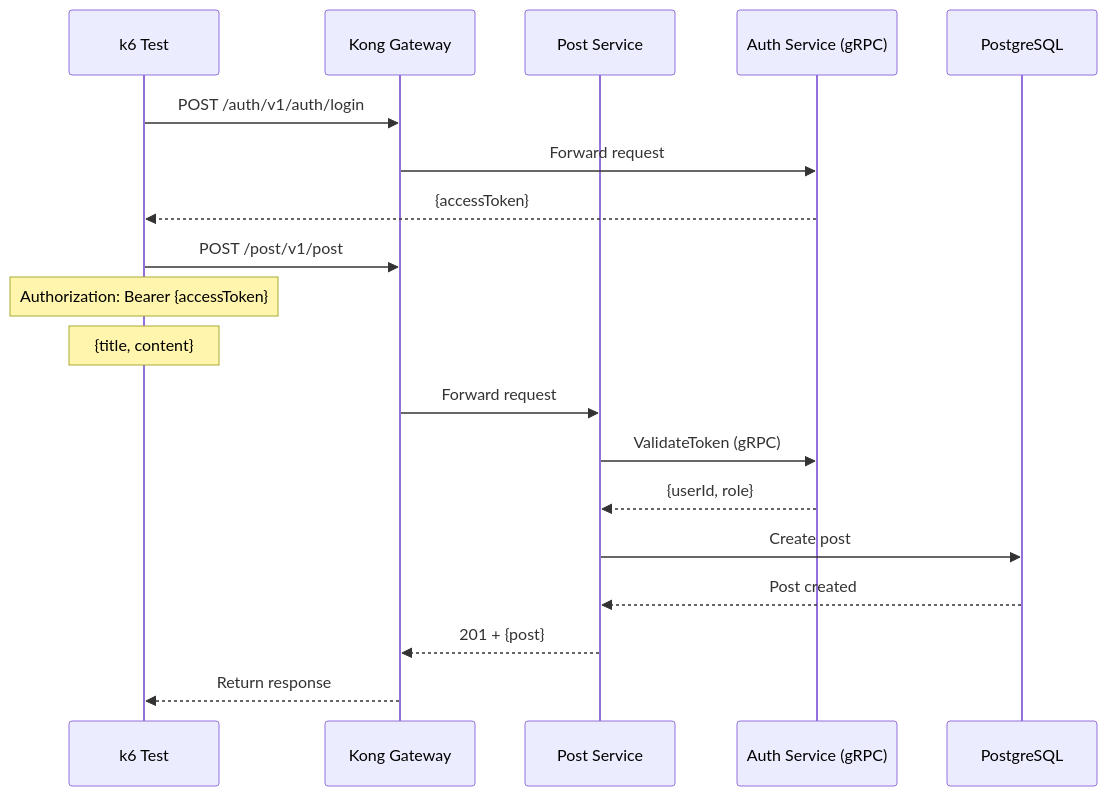
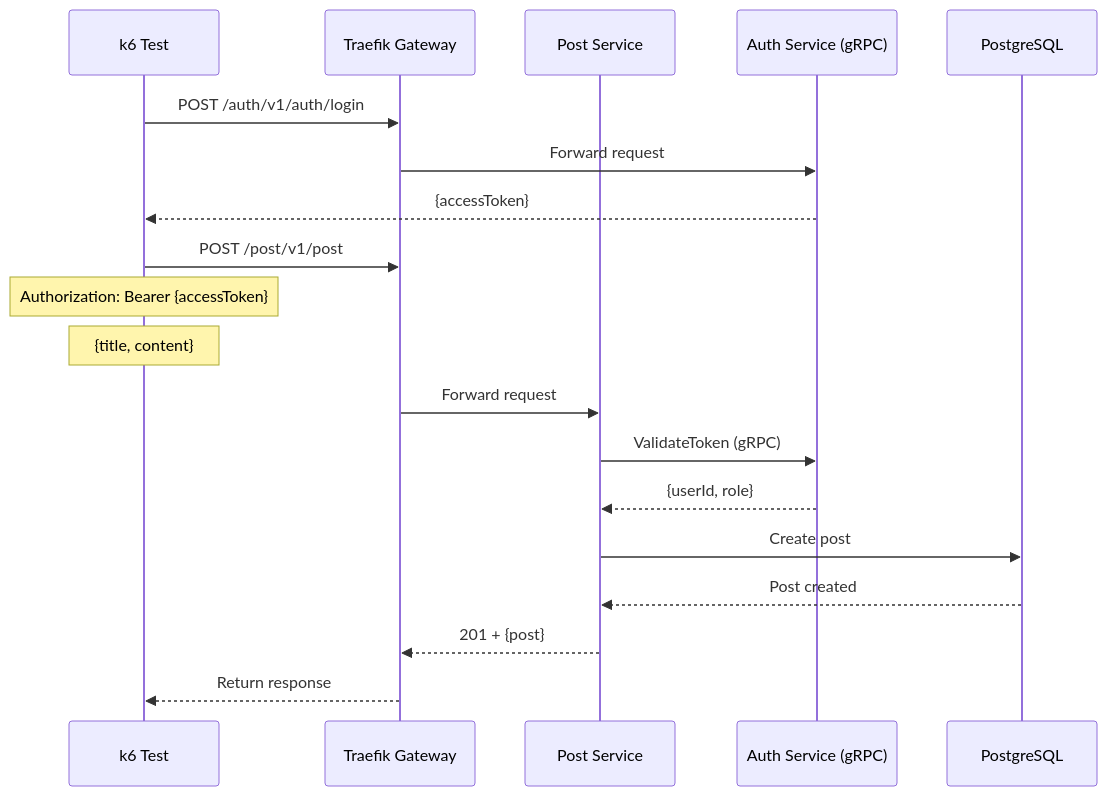
Before and after one commit to tinhthanh/nestjs-microservices: the diagram in k6-tests/src/services/post/test-create.md, drawn with Mermaid. The commit also changed 47 other files, not shown here.

````diff
--- a/k6-tests/src/services/post/test-create.md
+++ b/k6-tests/src/services/post/test-create.md
@@ -5,23 +5,23 @@
 ```mermaid
 sequenceDiagram
     participant K6 as k6 Test
-    participant Kong as Kong Gateway
+    participant Traefik as Traefik Gateway
     participant Post as Post Service
     participant Auth as Auth Service (gRPC)
     participant DB as PostgreSQL
 
-    K6->>Kong: POST /auth/v1/auth/login
-    Kong->>Auth: Forward request
+    K6->>Traefik: POST /auth/v1/auth/login
+    Traefik->>Auth: Forward request
     Auth-->>K6: {accessToken}
     
-    K6->>Kong: POST /post/v1/post
+    K6->>Traefik: POST /post/v1/post
     Note over K6: Authorization: Bearer {accessToken}
     Note over K6: {title, content}
-    Kong->>Post: Forward request
+    Traefik->>Post: Forward request
     Post->>Auth: ValidateToken (gRPC)
     Auth-->>Post: {userId, role}
     Post->>DB: Create post
     DB-->>Post: Post created
-    Post-->>Kong: 201 + {post}
-    Kong-->>K6: Return response
+    Post-->>Traefik: 201 + {post}
+    Traefik-->>K6: Return response
 ```
````
